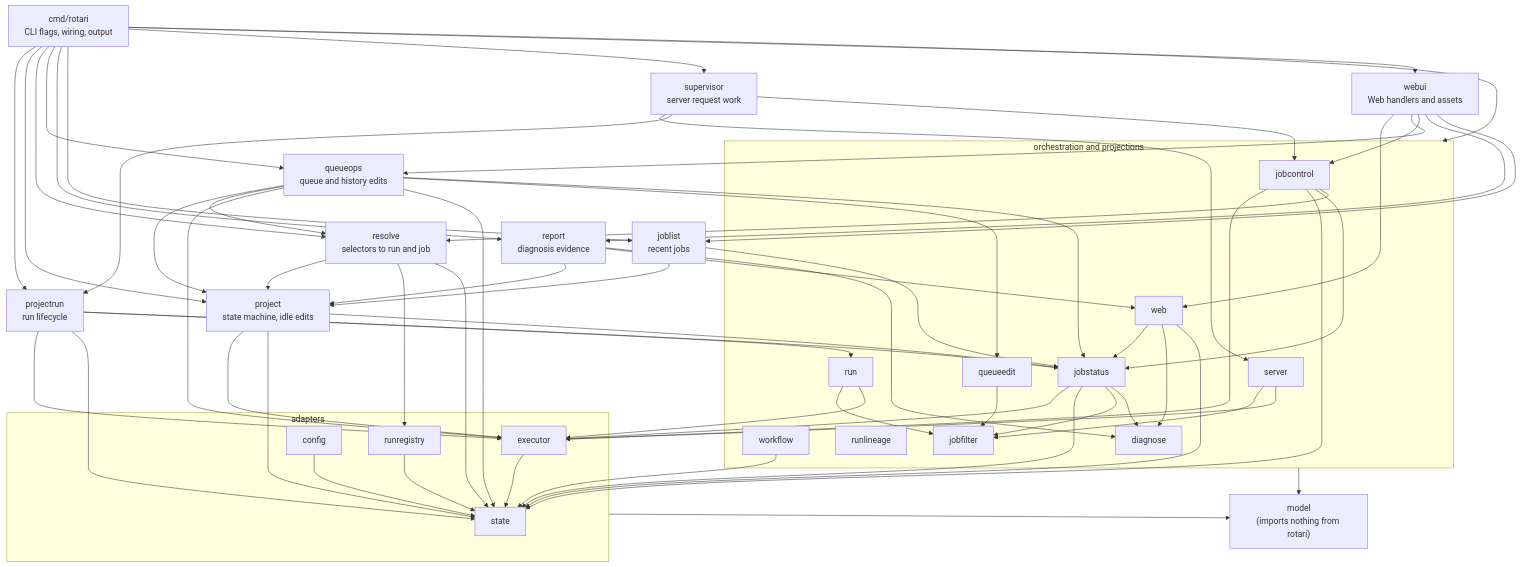
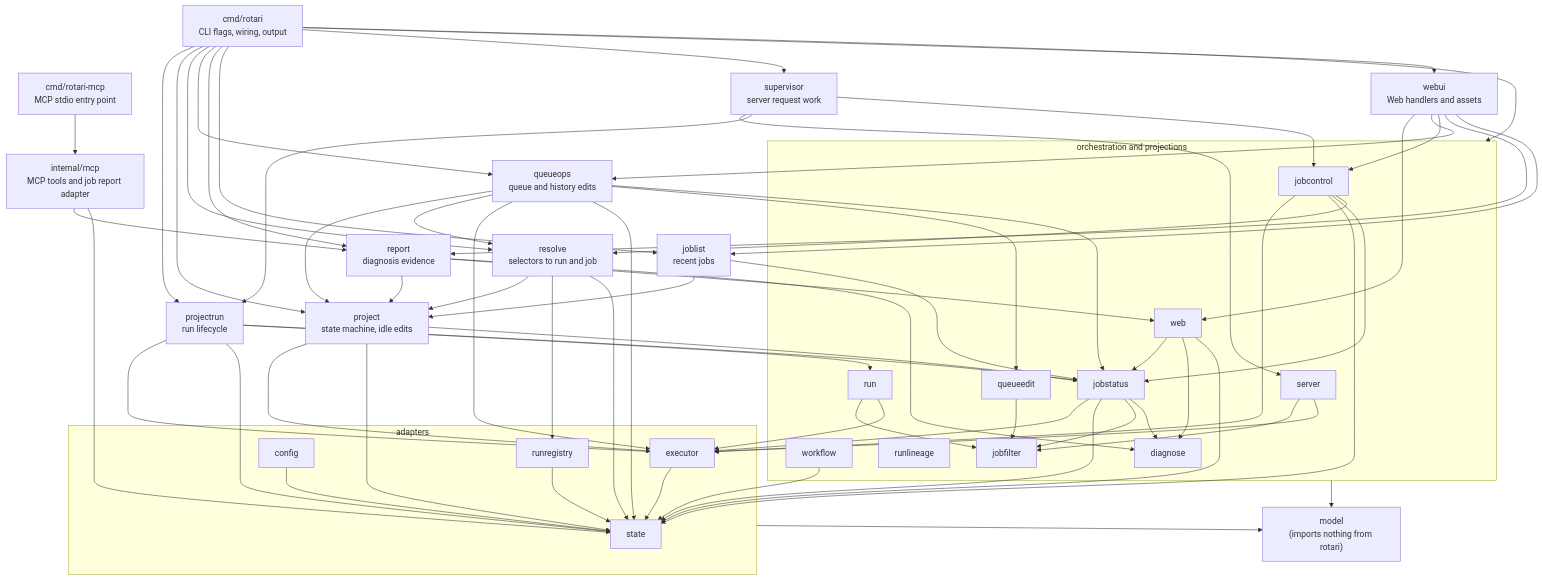
Before and after one commit to kamo-naoyuki/rotari: the second of 2 diagrams in docs/ARCHITECTURE.md, drawn with Mermaid. The commit also changed other lines of this file and 8 other files, not shown here.

Commit message:
Add read-only MCP job inspection prototype

````diff
--- a/docs/ARCHITECTURE.md
+++ b/docs/ARCHITECTURE.md
@@ -105,6 +107,8 @@
 ```mermaid
 flowchart TB
   cmd["cmd/rotari<br/>CLI flags, wiring, output"]
+   mcpcommand["cmd/rotari-mcp<br/>MCP stdio entry point"]
+   mcpadapter["internal/mcp<br/>MCP tools and job report adapter"]
   projectrun["projectrun<br/>run lifecycle"]
   project["project<br/>state machine, idle edits"]
   resolve["resolve<br/>selectors to run and job"]
@@ -144,6 +148,9 @@
   queueops --> state
   queueops --> jobstatus
   cmd --> report
+   mcpcommand --> mcpadapter
+   mcpadapter --> report
+   mcpadapter --> state
   report --> web
   report --> project
   report --> diagnose
````
